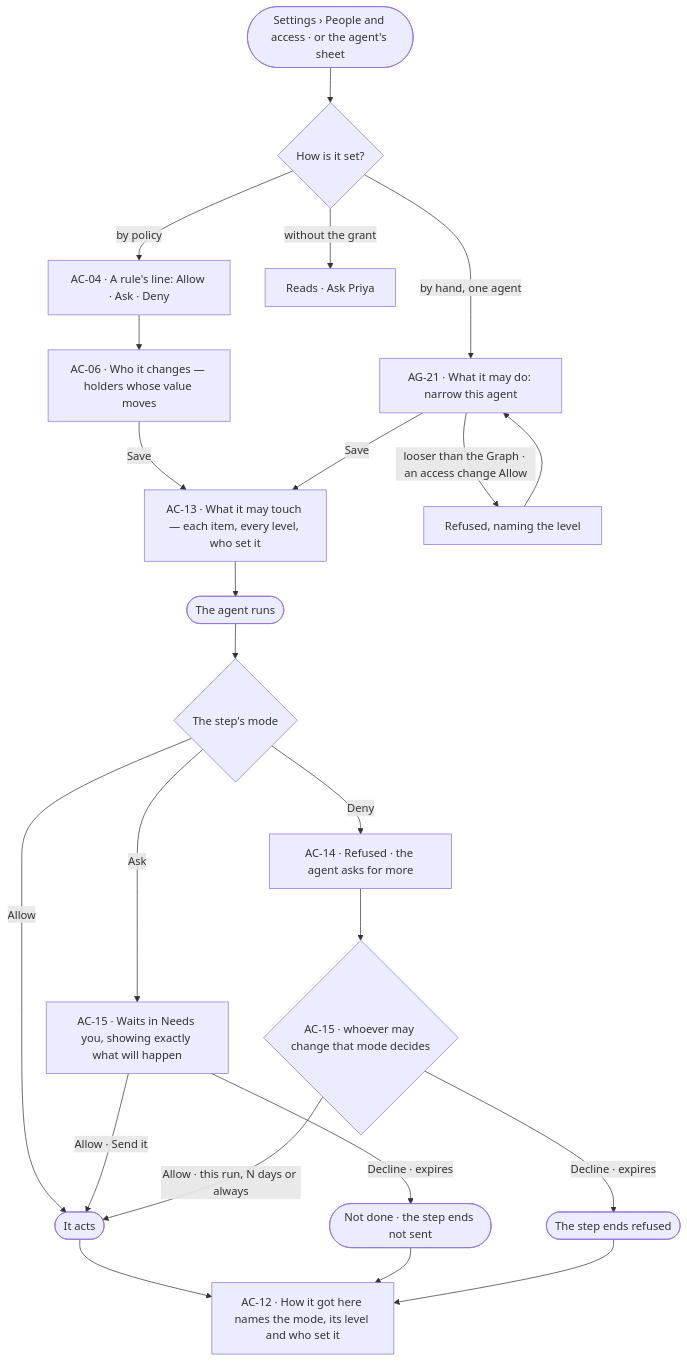
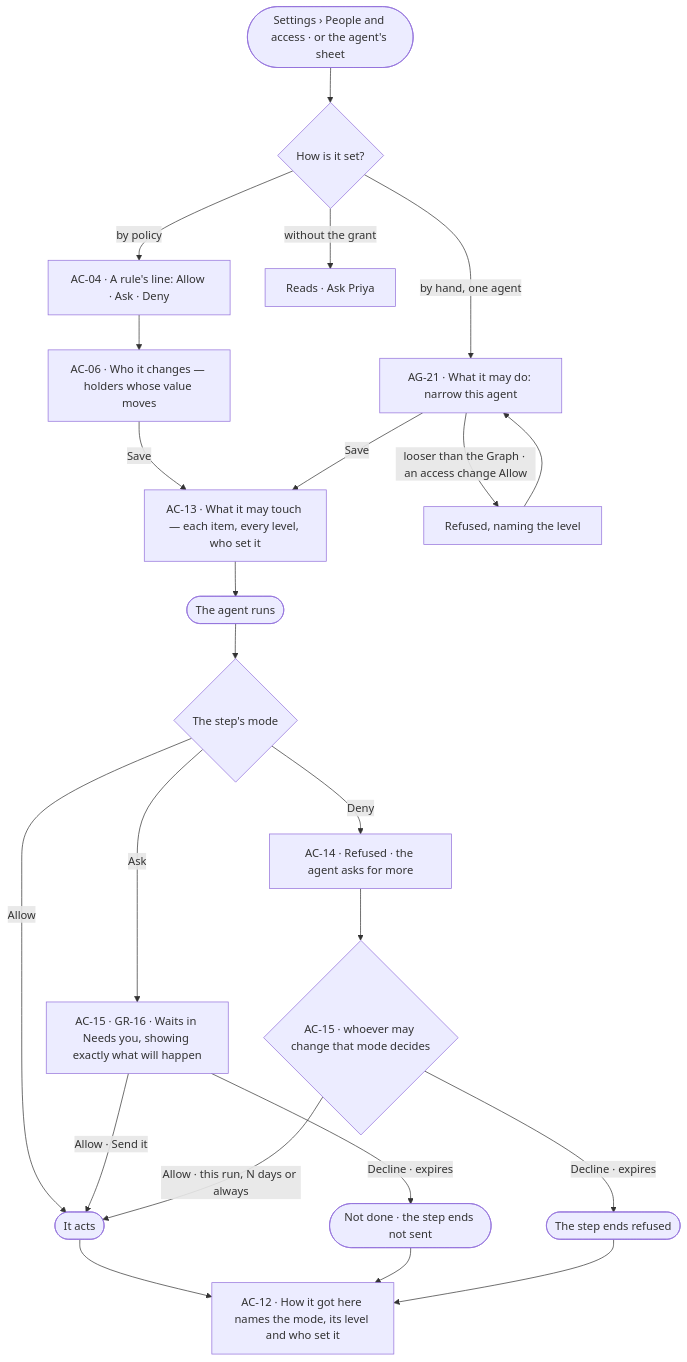
The first of 2 diagrams in specs/journeys/J06-set-what-an-agent-may-touch.md (invana/invana), drawn with Mermaid before and after one commit. The commit also changed other lines of this file and 637 other files, not shown here.

````diff
--- a/specs/journeys/J06-set-what-an-agent-may-touch.md
+++ b/specs/journeys/J06-set-what-an-agent-may-touch.md
@@ -16,24 +16,24 @@
 ```mermaid
 flowchart TD
   A([Settings › People and access · or the agent's sheet]) --> B{"How is it set?"}
   B -->|by policy| C["AC-04 · A rule's line: Allow · Ask · Deny"]
   B -->|by hand, one agent| D["AG-21 · What it may do: narrow this agent"]
   C --> E["AC-06 · Who it changes — holders whose value moves"]
   E -->|Save| F
   D -->|looser than the Graph · an access change Allow| DX["Refused, naming the level"] --> D
   D -->|Save| F["AC-13 · What it may touch — each item, every level, who set it"]
   B -->|without the grant| NA["Reads · Ask Priya"]
   F --> G([The agent runs])
   G --> H{"The step's mode"}
   H -->|Allow| I(["It acts"])
-  H -->|Ask| J["AC-15 · Waits in Needs you, showing exactly what will happen"]
+  H -->|Ask| J["AC-15 · GR-16 · Waits in Needs you, showing exactly what will happen"]
   J -->|Allow · Send it| I
   J -->|Decline · expires| K(["Not done · the step ends not sent"])
   H -->|Deny| L["AC-14 · Refused · the agent asks for more"]
   L --> M{"AC-15 · whoever may change that mode decides"}
   M -->|Allow · this run, N days or always| I
   M -->|Decline · expires| N(["The step ends refused"])
   I --> T["AC-12 · How it got here names the mode, its level and who set it"]
   K --> T
   N --> T
 ```
````
